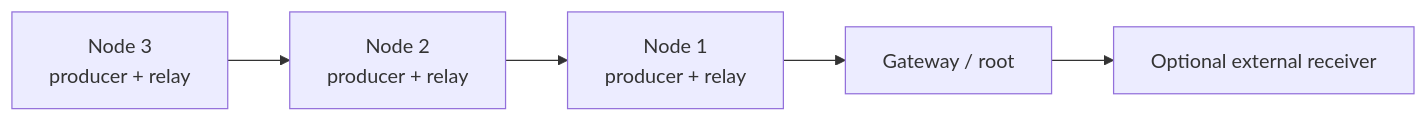
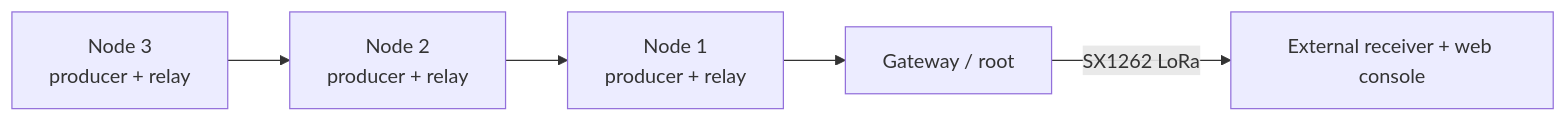
Before and after one commit to Itsmmdoha/duckLogger: the diagram in MESHOPS.md, drawn with Mermaid. The commit also changed other lines of this file and 48 other files, not shown here.

````diff
--- a/MESHOPS.md
+++ b/MESHOPS.md
@@ -9,7 +9,7 @@
 ```mermaid
 flowchart LR
     N1[Node 1<br/>producer + relay] --> G[Gateway / root]
     N2[Node 2<br/>producer + relay] --> N1
     N3[Node 3<br/>producer + relay] --> N2
-    G --> R[Optional external receiver]
+    G -->|SX1262 LoRa| R[External receiver + web console]
 ```
````
